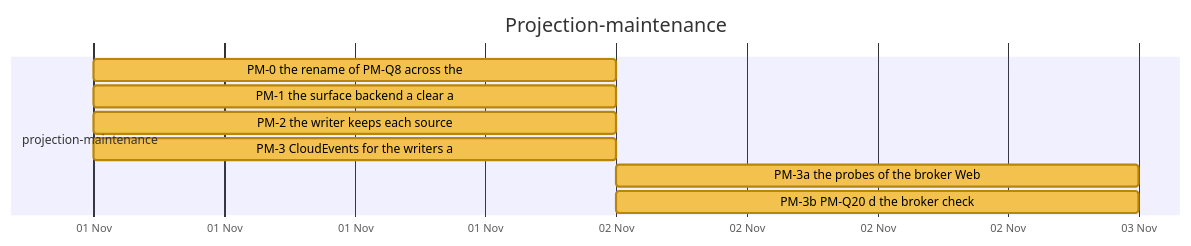
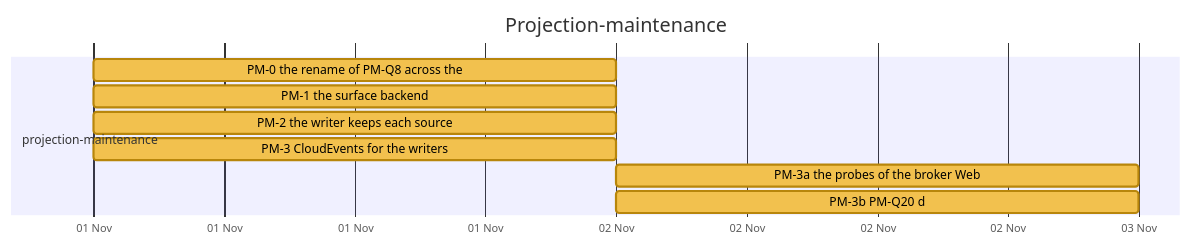
Diagram 12 of 26 in docs/developer/ROADMAP.md (nebularis/lattice), drawn with Mermaid before and after one commit. The commit also changed other lines of this file and 7 other files, not shown here.

First line of the commit message:
Pin Vyvid v0.2.7: the GIT_DIR workaround removed, TD-143 and TD-144 closed, the roadmap regenerated

````diff
--- a/docs/developer/ROADMAP.md
+++ b/docs/developer/ROADMAP.md
@@ -375,14 +375,14 @@
 ```mermaid
 %%{init: {"themeVariables": {"taskBkgColor": "#f2c14e", "taskBorderColor": "#b8860b", "taskTextColor": "#000000", "activeTaskBkgColor": "#4e9af1", "activeTaskBorderColor": "#1f5fbf", "activeTaskBorderColor": "#1f5fbf", "doneTaskBkgColor": "#8fcf8f", "doneTaskBorderColor": "#2f7d32", "critBkgColor": "#f28b82", "critBorderColor": "#b23a30", "taskTextDarkColor": "#000000", "taskTextLightColor": "#000000"}}}%%
 gantt
     title Projection-maintenance
     dateFormat YYYY-MM-DD
     axisFormat %d %b
     section projection-maintenance
     PM-0 the rename of PM-Q8 across the :pm0, 2026-11-01, 2026-11-02
-    PM-1 the surface backend a clear a :pm1, 2026-11-01, 2026-11-02
+    PM-1 the surface backend :pm1, 2026-11-01, 2026-11-02
     PM-2 the writer keeps each source :pm2, 2026-11-01, 2026-11-02
-    PM-3 CloudEvents for the writers a :pm3, 2026-11-01, 2026-11-02
+    PM-3 CloudEvents for the writers :pm3, 2026-11-01, 2026-11-02
     PM-3a the probes of the broker Web :pm3a, 2026-11-02, 2026-11-03
-    PM-3b PM-Q20 d the broker check :pm3b, 2026-11-02, 2026-11-03
+    PM-3b PM-Q20 d :pm3b, 2026-11-02, 2026-11-03
 ```
````
